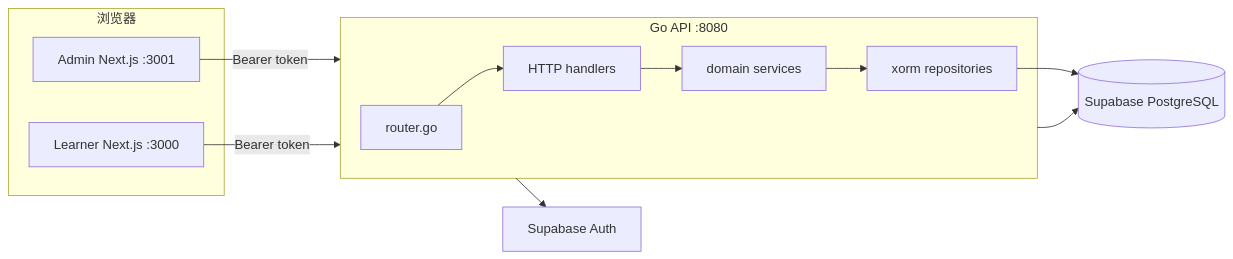
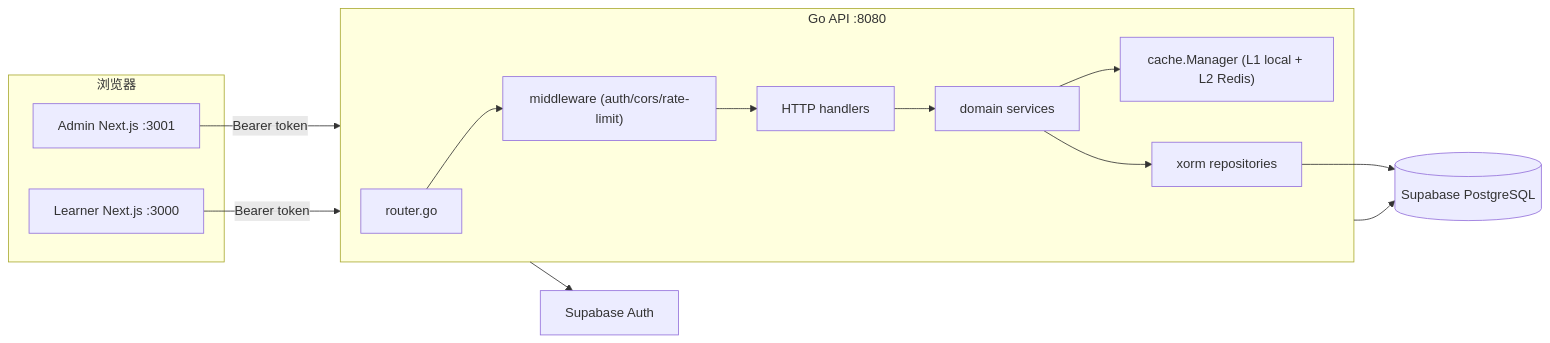
One commit to skye-z/FOCO changed the first of 3 diagrams in docs/ARCHITECTURE.md. Above: the diagram before and after it, drawn with Mermaid. The commit also changed other lines of this file and 41 other files, not shown here.

````diff
--- a/docs/ARCHITECTURE.md
+++ b/docs/ARCHITECTURE.md
@@ -11,23 +11,27 @@
 ```mermaid
 flowchart LR
   subgraph Browser["浏览器"]
     A["Admin Next.js :3001"]
     L["Learner Next.js :3000"]
   end
 
   subgraph API["Go API :8080"]
     R["router.go"]
+    MW["middleware (auth/cors/rate-limit)"]
     H["HTTP handlers"]
     D["domain services"]
+    C["cache.Manager (L1 local + L2 Redis)"]
     X["xorm repositories"]
   end
 
   S["Supabase Auth"]
   P[(Supabase PostgreSQL)]
 
   A -->|Bearer token| API
   L -->|Bearer token| API
   API --> S
   API --> P
-  R --> H --> D --> X --> P
+  R --> MW --> H --> D
+  D --> C
+  D --> X --> P
 ```
````
